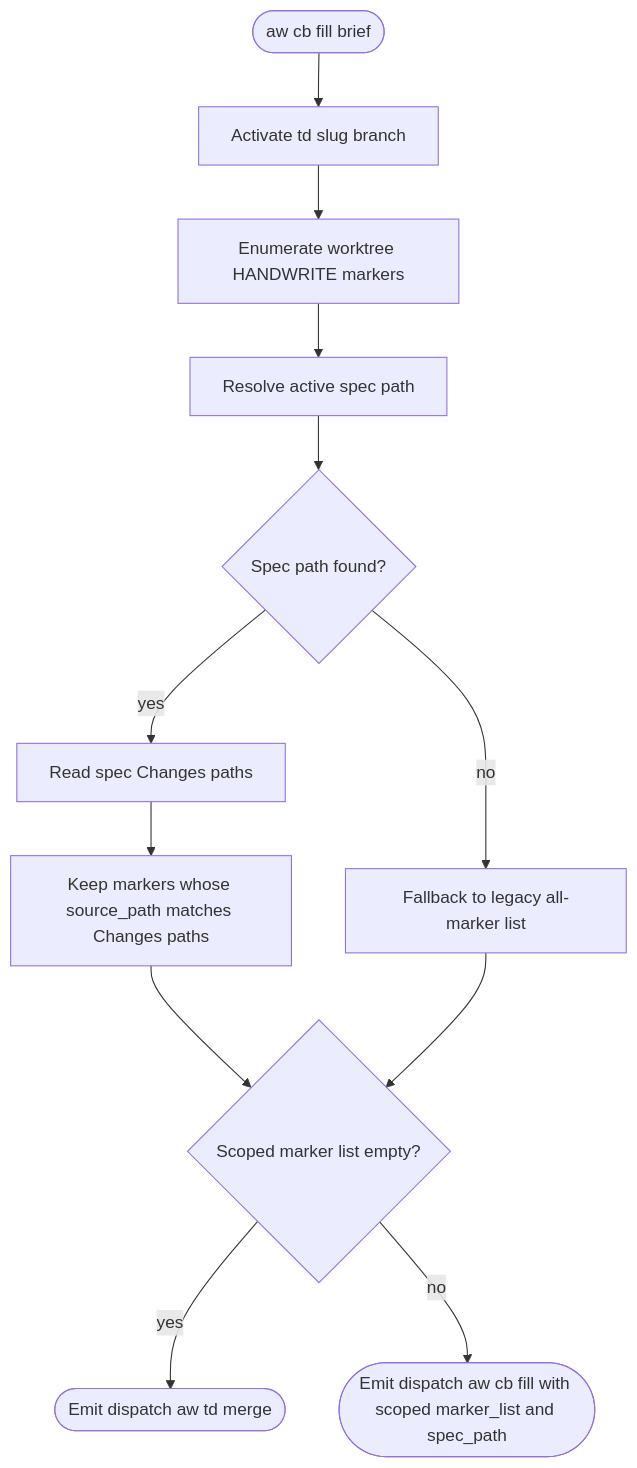
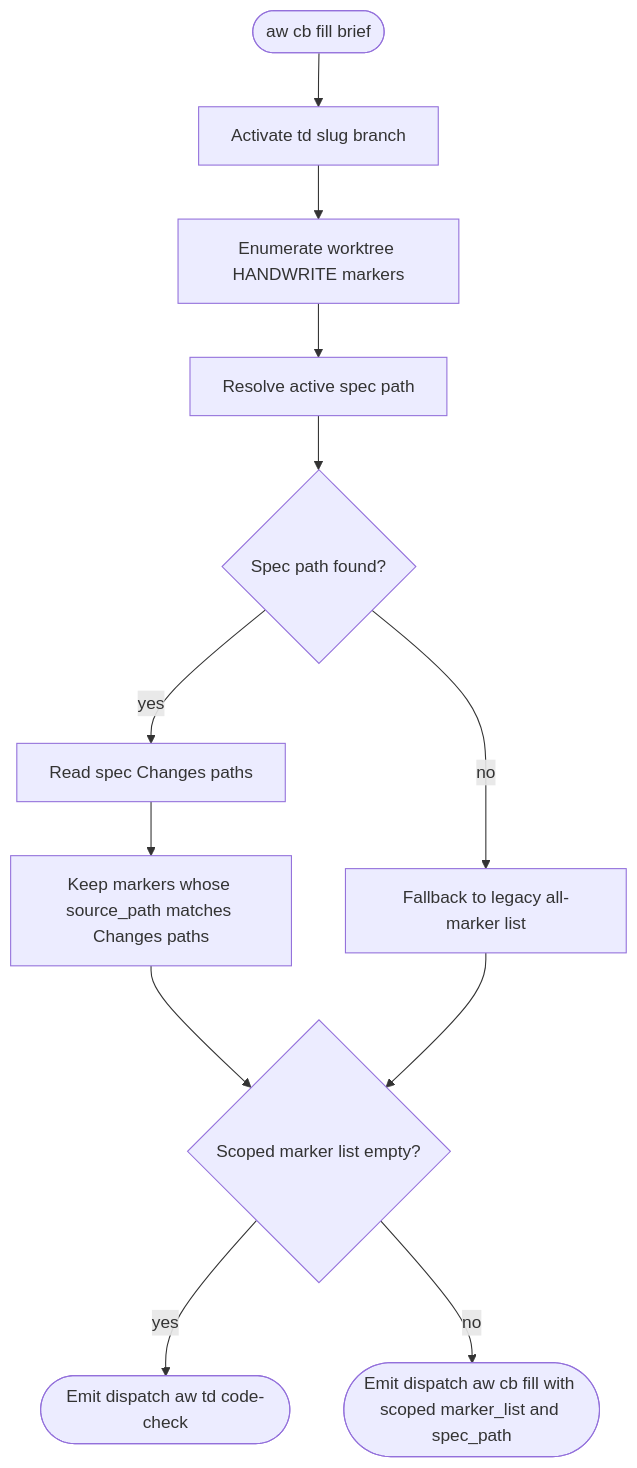
One commit to chrischeng-c4/axiom changed the first of 2 diagrams in projects/agentic-workflow/tech-design/surface/specs/score-cb-fill-change-scope.md. Above: the diagram before and after it, drawn with Mermaid. The commit also changed other lines of this file and 65 other files, not shown here.

````diff
--- a/projects/agentic-workflow/tech-design/surface/specs/score-cb-fill-change-scope.md
+++ b/projects/agentic-workflow/tech-design/surface/specs/score-cb-fill-change-scope.md
@@ -54,7 +54,7 @@
     label: "Scoped marker list empty?"
   emit_merge:
     kind: terminal
-    label: "Emit dispatch aw td merge"
+    label: "Emit dispatch aw td code-check"
   emit_fill:
     kind: terminal
     label: "Emit dispatch aw cb fill with scoped marker_list and spec_path"
@@ -103,6 +103,6 @@
     read_changes --> filter_markers[Keep markers whose source_path matches Changes paths]
     filter_markers --> scoped_empty{Scoped marker list empty?}
     use_legacy_all --> scoped_empty
-    scoped_empty -->|yes| emit_merge([Emit dispatch aw td merge])
+    scoped_empty -->|yes| emit_merge([Emit dispatch aw td code-check])
     scoped_empty -->|no| emit_fill([Emit dispatch aw cb fill with scoped marker_list and spec_path])
 ```
````
